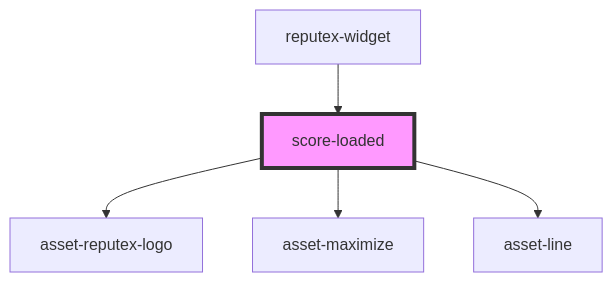
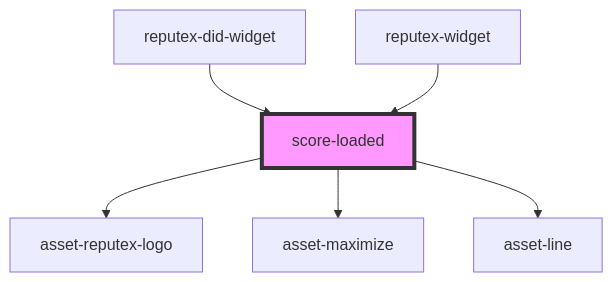
Before and after one commit to reputex/widgets: the diagram in packages/reputex-stencil-library/src/components/score-loaded/readme.md, drawn with Mermaid. The commit also changed other lines of this file and 8 other files, not shown here.

````diff
--- a/packages/reputex-stencil-library/src/components/score-loaded/readme.md
+++ b/packages/reputex-stencil-library/src/components/score-loaded/readme.md
@@ -31,8 +33,9 @@
 ```mermaid
 graph TD;
   score-loaded --> asset-reputex-logo
   score-loaded --> asset-maximize
   score-loaded --> asset-line
+  reputex-did-widget --> score-loaded
   reputex-widget --> score-loaded
   style score-loaded fill:#f9f,stroke:#333,stroke-width:4px
 ```
````
